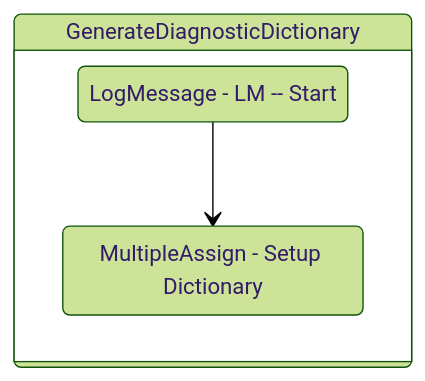
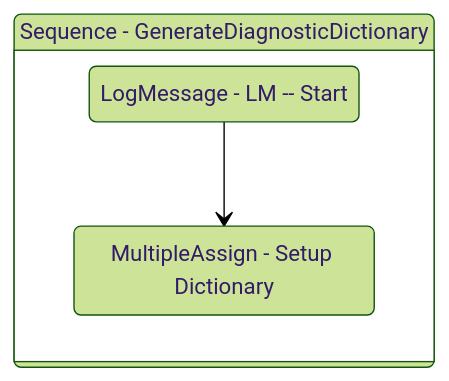
The diagram in Documentation/Utility/GenerateDiagnosticDictionary.md (yashbrahmbhatt/LazyFramework), drawn with Mermaid (forest theme) before and after one commit. The commit also changed other lines of this file and 78 other files, not shown here.

````diff
--- a/Documentation/Utility/GenerateDiagnosticDictionary.md
+++ b/Documentation/Utility/GenerateDiagnosticDictionary.md
@@ -101,12 +101,12 @@
 ```mermaid
 stateDiagram-v2
 
 
-Sequence_1: GenerateDiagnosticDictionary
+Sequence_1: Sequence - GenerateDiagnosticDictionary
 state Sequence_1 {
 direction TB
 LogMessage_1 : LogMessage - LM -- Start
 MultipleAssign_1 : MultipleAssign - Setup Dictionary
 LogMessage_1 --> MultipleAssign_1
 }
 ```
````
